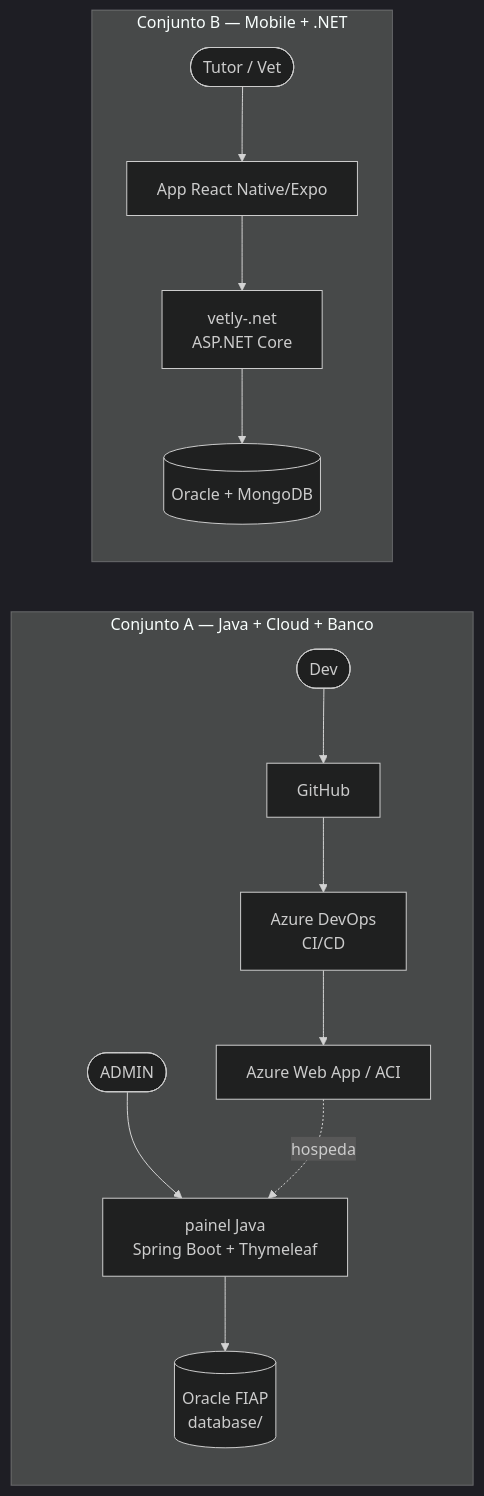
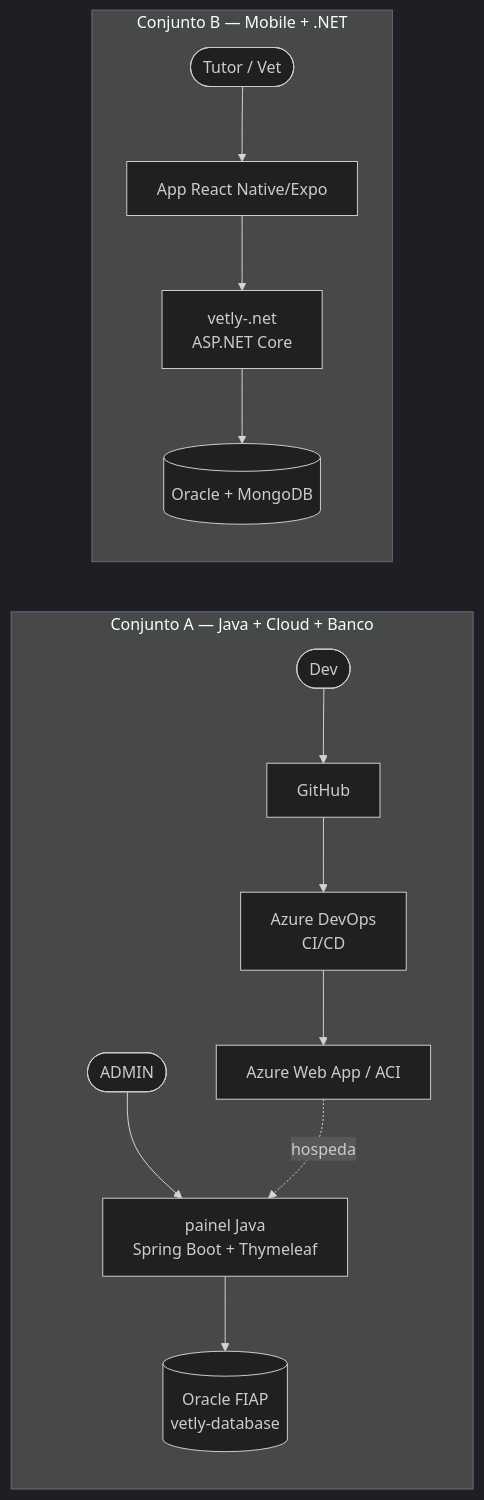
Before and after one commit to annaclrl/vetly-cloud: the first of 3 diagrams in docs/ENTREGA-FINAL-SPRINT4.md, drawn with Mermaid (dark theme). The commit also changed other lines of this file and 117 other files, not shown here.

First line of the commit message:
chore: remove database/ do repositorio Java (entrega fica no vetly-database)

````diff
--- a/docs/ENTREGA-FINAL-SPRINT4.md
+++ b/docs/ENTREGA-FINAL-SPRINT4.md
@@ -35,14 +35,14 @@
 ```mermaid
 flowchart LR
   subgraph A["Conjunto A — Java + Cloud + Banco"]
     ADM([ADMIN]) --> MVC[painel Java<br/>Spring Boot + Thymeleaf]
-    MVC --> ORA[(Oracle FIAP<br/>database/)]
+    MVC --> ORA[(Oracle FIAP<br/>vetly-database)]
     DEV([Dev]) --> GH[GitHub] --> PIPE[Azure DevOps<br/>CI/CD] --> AZ[Azure Web App / ACI]
     AZ -. hospeda .-> MVC
   end
   subgraph B["Conjunto B — Mobile + .NET"]
     USR([Tutor / Vet]) --> APP[App React Native/Expo]
     APP --> API[vetly-.net<br/>ASP.NET Core]
     API --> ORA2[(Oracle + MongoDB)]
   end
 ```
````
